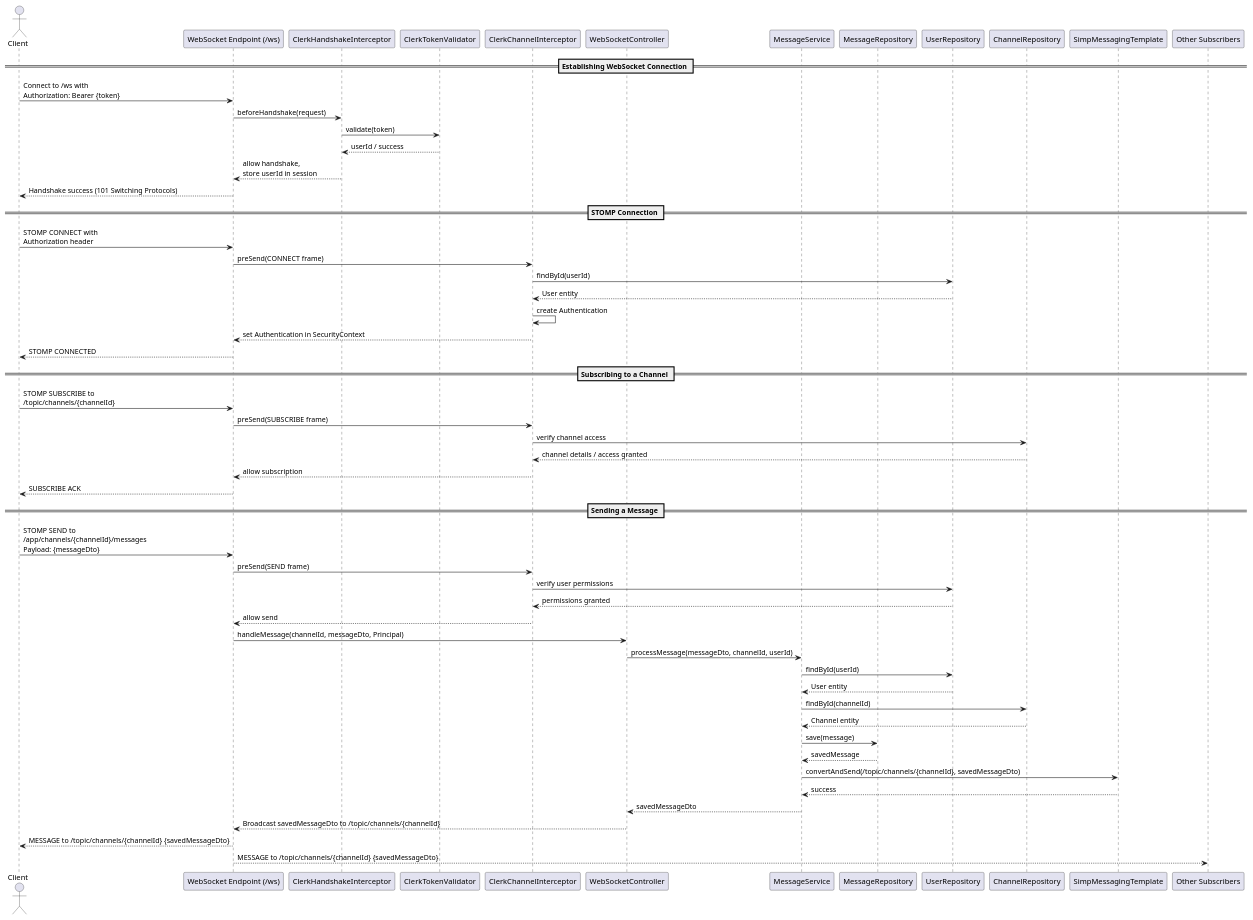
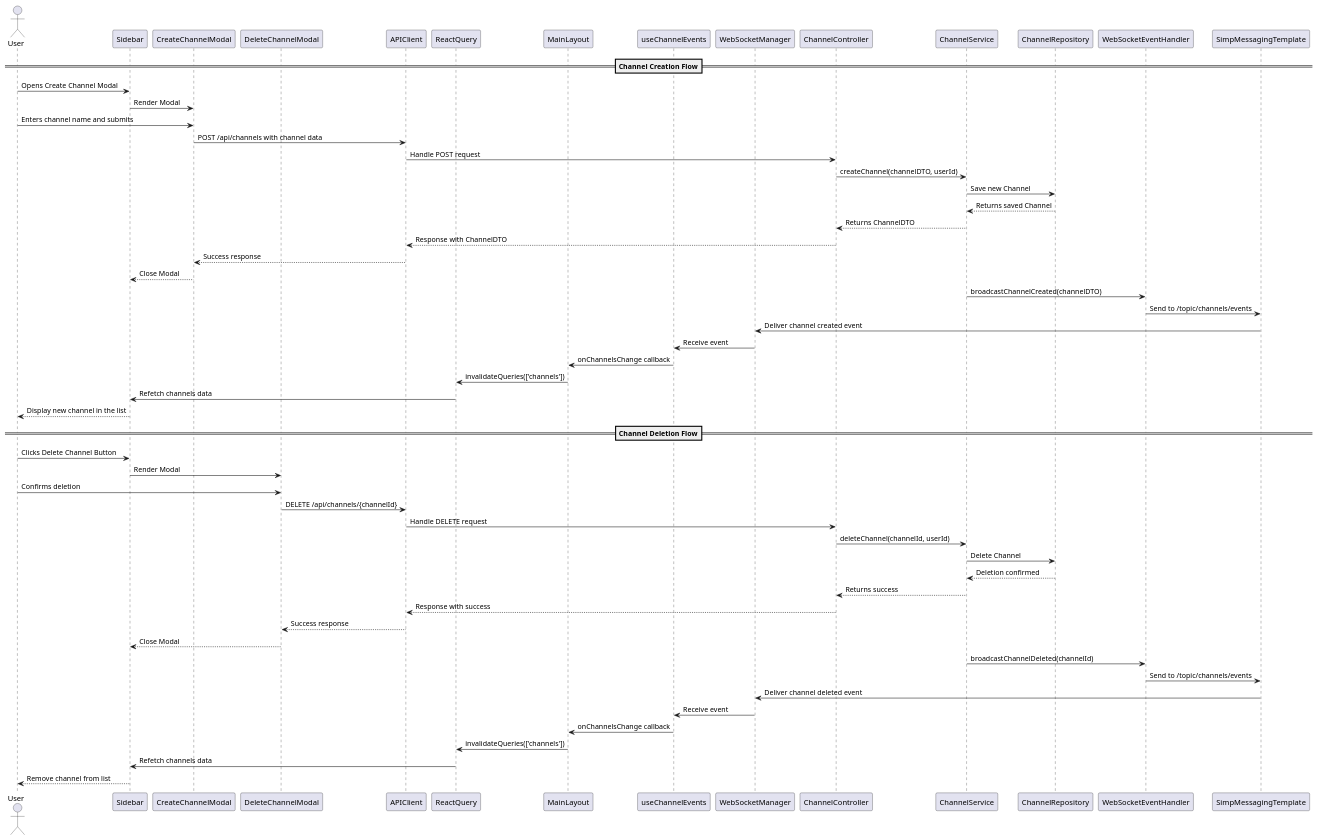
One commit to agus-biondi/chatgenius changed the diagram in documentation/channel_events_flow.puml. Above: the diagram before and after it, drawn with PlantUML. The commit also changed 22 other files, not shown here.

```diff
--- a/documentation/channel_events_flow.puml
+++ b/documentation/channel_events_flow.puml
@@ -1,60 +1,67 @@
 @startuml
-actor Client
-participant "WebSocket Endpoint (/ws)" as WS
-participant "ClerkHandshakeInterceptor" as HandshakeInterceptor
-participant "ClerkTokenValidator" as TokenValidator
-participant "ClerkChannelInterceptor" as ChannelInterceptor
-participant "WebSocketController" as Controller
-participant "MessageService" as MessageService
-participant "MessageRepository" as MessageRepo
-participant "UserRepository" as UserRepo
-participant "ChannelRepository" as ChannelRepo
-participant "SimpMessagingTemplate" as MessagingTemplate
+actor User
+participant Sidebar
+participant CreateChannelModal
+participant DeleteChannelModal
+participant APIClient
+participant ReactQuery
+participant MainLayout
+participant useChannelEvents
+participant WebSocketManager
 
-== Establishing WebSocket Connection ==
-Client -> WS: Connect to /ws with\nAuthorization: Bearer {token}
-WS -> HandshakeInterceptor: beforeHandshake(request)
-HandshakeInterceptor -> TokenValidator: validate(token)
-TokenValidator --> HandshakeInterceptor: userId / success
-HandshakeInterceptor --> WS: allow handshake,\nstore userId in session
-WS --> Client: Handshake success (101 Switching Protocols)
 
-== STOMP Connection ==
-Client -> WS: STOMP CONNECT with\nAuthorization header
-WS -> ChannelInterceptor: preSend(CONNECT frame)
-ChannelInterceptor -> UserRepo: findById(userId)
-UserRepo --> ChannelInterceptor: User entity
-ChannelInterceptor -> ChannelInterceptor: create Authentication
-ChannelInterceptor --> WS: set Authentication in SecurityContext
-WS --> Client: STOMP CONNECTED
 
-== Subscribing to a Channel ==
-Client -> WS: STOMP SUBSCRIBE to\n/topic/channels/{channelId}
-WS -> ChannelInterceptor: preSend(SUBSCRIBE frame)
-ChannelInterceptor -> ChannelRepo: verify channel access
-ChannelRepo --> ChannelInterceptor: channel details / access granted
-ChannelInterceptor --> WS: allow subscription
-WS --> Client: SUBSCRIBE ACK
 
-== Sending a Message ==
-Client -> WS: STOMP SEND to\n/app/channels/{channelId}/messages\nPayload: {messageDto}
-WS -> ChannelInterceptor: preSend(SEND frame)
-ChannelInterceptor -> UserRepo: verify user permissions
-UserRepo --> ChannelInterceptor: permissions granted
-ChannelInterceptor --> WS: allow send
-WS -> Controller: handleMessage(channelId, messageDto, Principal)
-Controller -> MessageService: processMessage(messageDto, channelId, userId)
-MessageService -> UserRepo: findById(userId)
-UserRepo --> MessageService: User entity
-MessageService -> ChannelRepo: findById(channelId)
-ChannelRepo --> MessageService: Channel entity
-MessageService -> MessageRepo: save(message)
-MessageRepo --> MessageService: savedMessage
-MessageService -> MessagingTemplate: convertAndSend(/topic/channels/{channelId}, savedMessageDto)
-MessagingTemplate --> MessageService: success
-MessageService --> Controller: savedMessageDto
-Controller --> WS: Broadcast savedMessageDto to /topic/channels/{channelId}
-WS --> Client: MESSAGE to /topic/channels/{channelId} {savedMessageDto}
-WS --> "Other Subscribers": MESSAGE to /topic/channels/{channelId} {savedMessageDto}
+participant ChannelController
+participant ChannelService
+participant ChannelRepository
+participant WebSocketEventHandler
+participant SimpMessagingTemplate
+
+==Channel Creation Flow==
+
+User -> Sidebar: Opens Create Channel Modal
+Sidebar -> CreateChannelModal: Render Modal
+User -> CreateChannelModal: Enters channel name and submits
+CreateChannelModal -> APIClient: POST /api/channels with channel data
+APIClient -> ChannelController: Handle POST request
+ChannelController -> ChannelService: createChannel(channelDTO, userId)
+ChannelService -> ChannelRepository: Save new Channel
+ChannelRepository --> ChannelService: Returns saved Channel
+ChannelService --> ChannelController: Returns ChannelDTO
+ChannelController --> APIClient: Response with ChannelDTO
+APIClient --> CreateChannelModal: Success response
+CreateChannelModal --> Sidebar: Close Modal
+ChannelService -> WebSocketEventHandler: broadcastChannelCreated(channelDTO)
+WebSocketEventHandler -> SimpMessagingTemplate: Send to /topic/channels/events
+SimpMessagingTemplate -> WebSocketManager: Deliver channel created event
+WebSocketManager -> useChannelEvents: Receive event
+useChannelEvents -> MainLayout: onChannelsChange callback
+MainLayout -> ReactQuery: invalidateQueries(['channels'])
+ReactQuery -> Sidebar: Refetch channels data
+Sidebar --> User: Display new channel in the list
+
+==Channel Deletion Flow==
+
+User -> Sidebar: Clicks Delete Channel Button
+Sidebar -> DeleteChannelModal: Render Modal
+User -> DeleteChannelModal: Confirms deletion
+DeleteChannelModal -> APIClient: DELETE /api/channels/{channelId}
+APIClient -> ChannelController: Handle DELETE request
+ChannelController -> ChannelService: deleteChannel(channelId, userId)
+ChannelService -> ChannelRepository: Delete Channel
+ChannelRepository --> ChannelService: Deletion confirmed
+ChannelService --> ChannelController: Returns success
+ChannelController --> APIClient: Response with success
+APIClient --> DeleteChannelModal: Success response
+DeleteChannelModal --> Sidebar: Close Modal
+ChannelService -> WebSocketEventHandler: broadcastChannelDeleted(channelId)
+WebSocketEventHandler -> SimpMessagingTemplate: Send to /topic/channels/events
+SimpMessagingTemplate -> WebSocketManager: Deliver channel deleted event
+WebSocketManager -> useChannelEvents: Receive event
+useChannelEvents -> MainLayout: onChannelsChange callback
+MainLayout -> ReactQuery: invalidateQueries(['channels'])
+ReactQuery -> Sidebar: Refetch channels data
+Sidebar --> User: Remove channel from list
 
 @enduml
```
